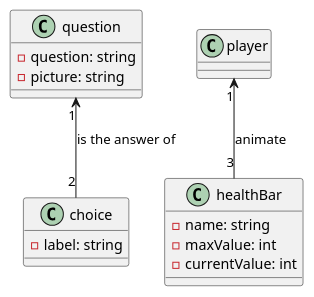
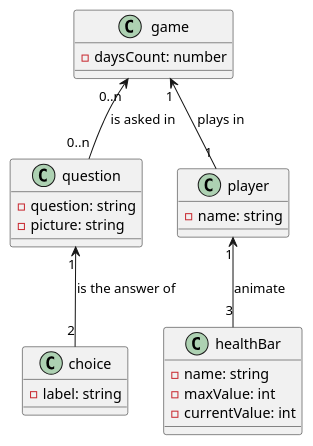
Before and after one commit to Ratiscrum-V2/rts-documents: the diagram in ratiscrum_class_diagram.plantuml, drawn with PlantUML.

Commit message:
add classes

```diff
--- a/ratiscrum_class_diagram.plantuml
+++ b/ratiscrum_class_diagram.plantuml
@@ -1,27 +1,35 @@
 @startuml projet
 
 question "1" <-- "2" choice : is the answer of
 
 player "1" <-- "3" healthBar : animate
+
+game "1" <-- "1" player : plays in
+
+game "0..n" <-- "0..n" question : is asked in
 
 class question {
     - question: string
     - picture: string
 }
 
 class choice {
     - label: string
 }
 
 class player {
-
+    - name: string
 }
 
 class healthBar {
     - name: string
     - maxValue: int
     - currentValue: int
 }
 
+class game {
+    - daysCount: number 
+}
+
 
 @enduml
```
